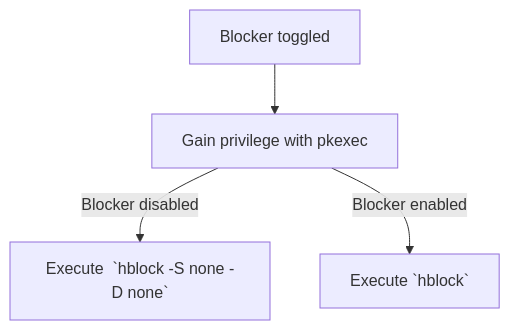
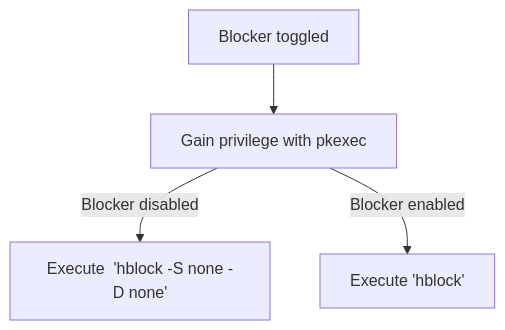
One commit to pesader/gnome-shell-extension-blocker changed the diagram in README.md. Above: the diagram before and after it, drawn with Mermaid.

Commit message:
README: don't use code markup in mermaid diagram
GitHub does not support rendering that (maybe for security reasons?), so
just use simple quotes around the commands.

````diff
--- a/README.md
+++ b/README.md
@@ -33,7 +33,7 @@
 ```mermaid
 flowchart TD
 
 A["Blocker toggled"] --> B["Gain privilege with pkexec"]
-B -- Blocker disabled --> C["Execute  `hblock -S none -D none`"]
-B -- Blocker enabled --> D["Execute  `hblock`"]
+B -- Blocker disabled --> C["Execute  'hblock -S none -D none'"]
+B -- Blocker enabled --> D["Execute  'hblock'"]
 ```
````
